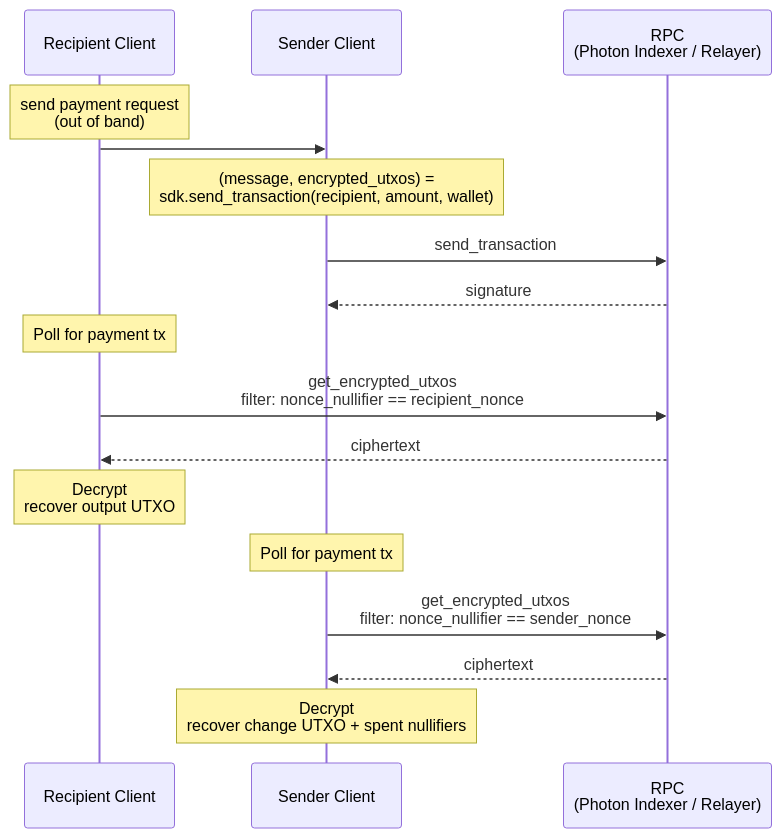
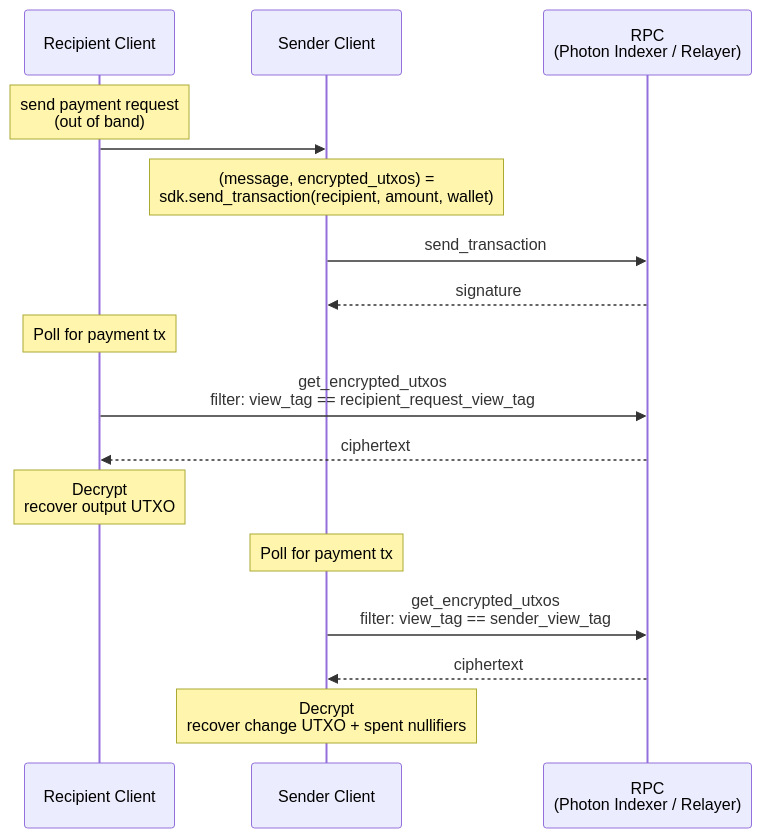
The ninth of 9 diagrams in docs/spec.md (helius-labs/zolana), drawn with Mermaid before and after one commit. The commit also changed other lines of this file, not shown here.

````diff
--- a/docs/spec.md
+++ b/docs/spec.md
@@ -976,23 +1144,23 @@
 ```mermaid
 sequenceDiagram
     participant Recipient as Recipient Client
     participant Sender as Sender Client
     participant RPC as RPC<br/>(Photon Indexer / Relayer)
 
     Note over Recipient: send payment request<br> (out of band)
     Recipient->>Sender: 
 
     Note over Sender: (message, encrypted_utxos) =<br/>sdk.send_transaction(recipient, amount, wallet)
     Sender->>RPC: send_transaction
     RPC-->>Sender: signature
 
     Note over Recipient: Poll for payment tx
-    Recipient->>RPC: get_encrypted_utxos<br/>filter: nonce_nullifier == recipient_nonce
+    Recipient->>RPC: get_encrypted_utxos<br/>filter: view_tag == recipient_request_view_tag
     RPC-->>Recipient: ciphertext
     Note over Recipient: Decrypt<br/>recover output UTXO
 
     Note over Sender: Poll for payment tx
-    Sender->>RPC: get_encrypted_utxos<br/>filter: nonce_nullifier == sender_nonce
+    Sender->>RPC: get_encrypted_utxos<br/>filter: view_tag == sender_view_tag
     RPC-->>Sender: ciphertext
     Note over Sender: Decrypt<br/>recover change UTXO + spent nullifiers
 ```
````
